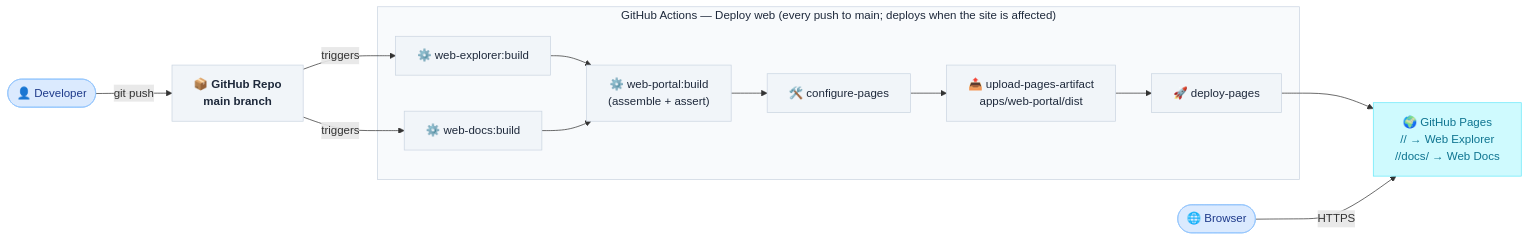
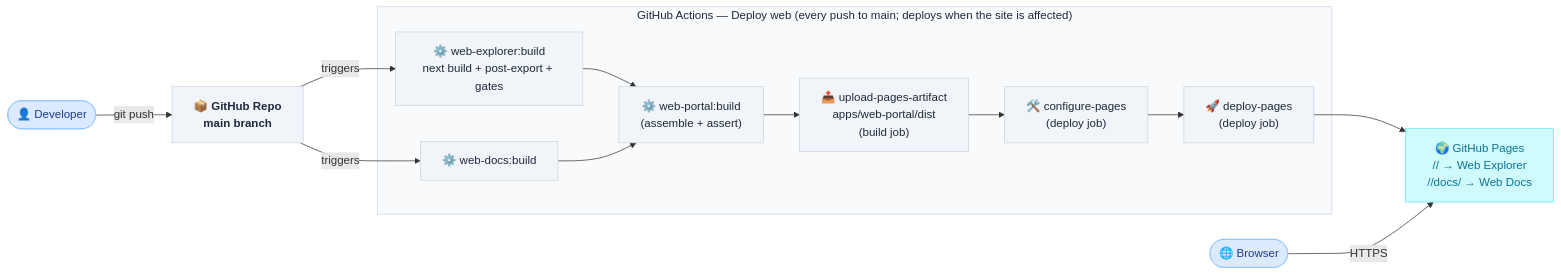
The diagram in docs/Target Architecture (HLD)/v1/System Overview.md (DataArt/artisyn-implementation-harness), drawn with Mermaid before and after one commit. The commit also changed other lines of this file and 203 other files, not shown here.

First line of the commit message:
feat(web-explorer): Next.js static export with per-page SEO, hashed CSP and WebMCP tools (#24)

````diff
--- a/docs/Target Architecture (HLD)/v1/System Overview.md
+++ b/docs/Target Architecture (HLD)/v1/System Overview.md
@@ -35,34 +35,33 @@
 ```mermaid
 flowchart LR
     Dev(["👤 Developer"]):::client
     Browser(["🌐 Browser"]):::client
 
     GH["📦 GitHub Repo\nmain branch"]:::repo
 
     subgraph CI_BOX ["  GitHub Actions — Deploy web (every push to main; deploys when the site is affected)  "]
-        EXP_BUILD["⚙️ web-explorer:build"]:::ci
+        EXP_BUILD["⚙️ web-explorer:build\nnext build + post-export + gates"]:::ci
         DOCS_BUILD["⚙️ web-docs:build"]:::ci
         PORTAL_BUILD["⚙️ web-portal:build\n(assemble + assert)"]:::ci
-        CFGP["🛠️ configure-pages"]:::ci
-        UPLOAD["📤 upload-pages-artifact\napps/web-portal/dist"]:::ci
-        DEPLOY["🚀 deploy-pages"]:::ci
+        UPLOAD["📤 upload-pages-artifact\napps/web-portal/dist\n(build job)"]:::ci
+        CFGP["🛠️ configure-pages\n(deploy job)"]:::ci
+        DEPLOY["🚀 deploy-pages\n(deploy job)"]:::ci
     end
 
     PAGES["🌍 GitHub Pages\n/<repo>/ → Web Explorer\n/<repo>/docs/ → Web Docs"]:::pages
 
     Dev -->|"git push"| GH
     GH -->|"triggers"| EXP_BUILD
     GH -->|"triggers"| DOCS_BUILD
     EXP_BUILD --> PORTAL_BUILD
     DOCS_BUILD --> PORTAL_BUILD
-    PORTAL_BUILD --> CFGP --> UPLOAD --> DEPLOY
+    PORTAL_BUILD --> UPLOAD --> CFGP --> DEPLOY
     DEPLOY --> PAGES
     Browser -->|"HTTPS"| PAGES
-
     classDef client fill:#DBEAFE,stroke:#93C5FD,color:#1E3A8A
     classDef repo   fill:#F1F5F9,stroke:#CBD5E1,color:#1E293B,font-weight:bold
     classDef ci     fill:#F1F5F9,stroke:#CBD5E1,color:#1E293B
     classDef pages  fill:#CFFAFE,stroke:#67E8F9,color:#0E7490
 
     style CI_BOX fill:#F8FAFC,stroke:#CBD5E1,color:#1E293B
 ```
````
